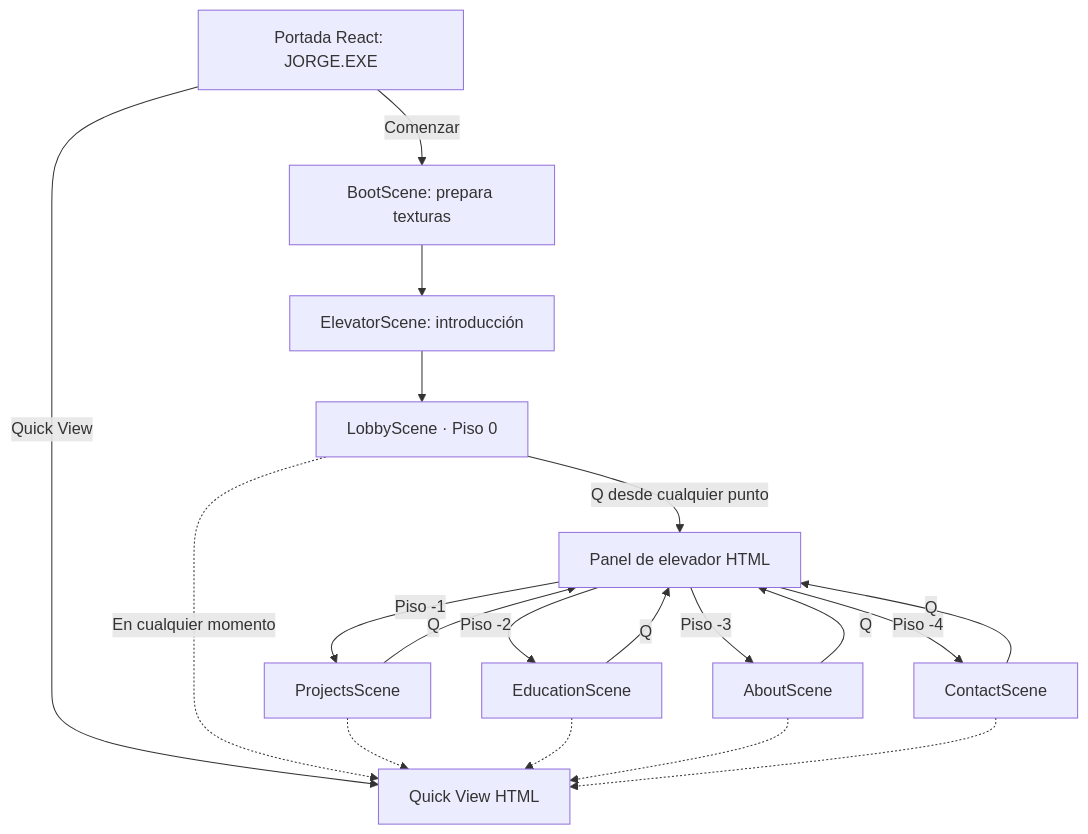
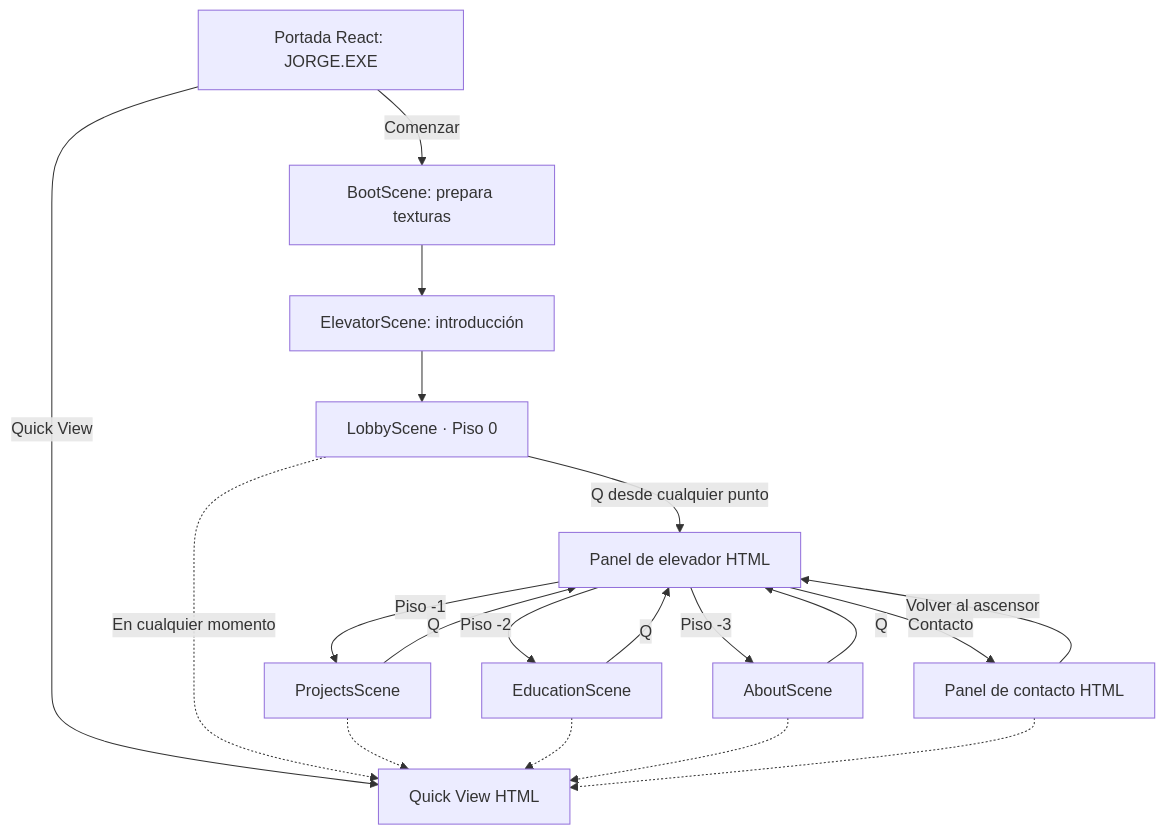
One commit to jorcolito/Portafolio changed the first of 2 diagrams in docs/GAME_DESIGN_DOCUMENT.md. Above: the diagram before and after it, drawn with Mermaid. The commit also changed other lines of this file and 15 other files, not shown here.

Commit message:
streamline contact flow and transitions

````diff
--- a/docs/GAME_DESIGN_DOCUMENT.md
+++ b/docs/GAME_DESIGN_DOCUMENT.md
@@ -29,21 +29,21 @@
 ```mermaid
 flowchart TD
   A["Portada React: JORGE.EXE"] -->|Comenzar| B["BootScene: prepara texturas"]
   A -->|Quick View| Q["Quick View HTML"]
   B --> C["ElevatorScene: introducción"]
   C --> L["LobbyScene · Piso 0"]
   L -->|Q desde cualquier punto| E["Panel de elevador HTML"]
   E -->|Piso -1| P["ProjectsScene"]
   E -->|Piso -2| D["EducationScene"]
   E -->|Piso -3| S["AboutScene"]
-  E -->|Piso -4| T["ContactScene"]
+  E -->|Contacto| T["Panel de contacto HTML"]
   P -->|Q| E
   D -->|Q| E
   S -->|Q| E
-  T -->|Q| E
+  T -->|Volver al ascensor| E
   L -.->|En cualquier momento| Q
   P -.-> Q
   D -.-> Q
   S -.-> Q
   T -.-> Q
 ```
````
